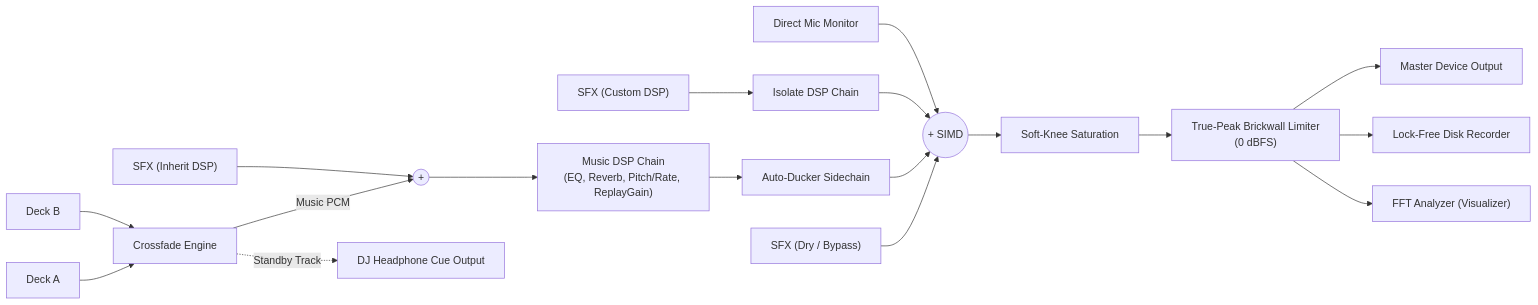
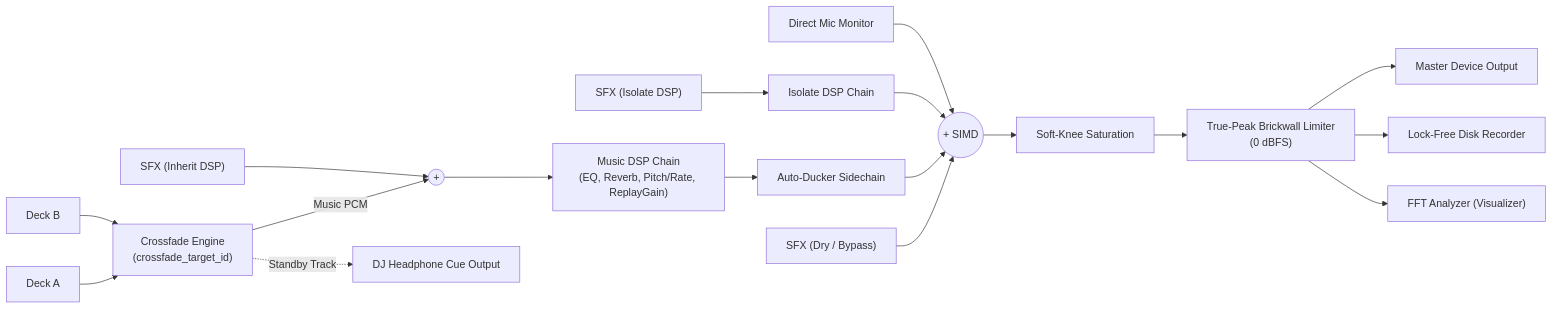
One commit to chomusuke-mk/miniaudio_player changed the second of 2 diagrams in docs/ARCHITECTURE.md. Above: the diagram before and after it, drawn with Mermaid. The commit also changed other lines of this file and 51 other files, not shown here.

````diff
--- a/docs/ARCHITECTURE.md
+++ b/docs/ARCHITECTURE.md
@@ -87,27 +90,27 @@
 ```mermaid
 flowchart LR
-    DeckA["Deck A"] --> XFade["Crossfade Engine"]
+    DeckA["Deck A"] --> XFade["Crossfade Engine\n(crossfade_target_id)"]
     DeckB["Deck B"] --> XFade
     
     XFade -->|"Music PCM"| InheritSum(( + ))
     VoicesInherit["SFX (Inherit DSP)"] --> InheritSum
     
     InheritSum --> MusicDSP["Music DSP Chain\n(EQ, Reverb, Pitch/Rate, ReplayGain)"]
     MusicDSP --> AutoDucker["Auto-Ducker Sidechain"]
     
-    VoicesIsolate["SFX (Custom DSP)"] --> IsolateDSP["Isolate DSP Chain"]
+    VoicesIsolate["SFX (Isolate DSP)"] --> IsolateDSP["Isolate DSP Chain"]
     
     VoicesBypass["SFX (Dry / Bypass)"] --> SIMDSum(( + SIMD ))
     AutoDucker --> SIMDSum
     IsolateDSP --> SIMDSum
     DirectMic["Direct Mic Monitor"] --> SIMDSum
     
     SIMDSum --> SoftKnee["Soft-Knee Saturation"]
     SoftKnee --> Brickwall["True-Peak Brickwall Limiter\n(0 dBFS)"]
     
     Brickwall --> MasterOut["Master Device Output"]
     Brickwall --> RecSink["Lock-Free Disk Recorder"]
     Brickwall --> FFTVisualizer["FFT Analyzer (Visualizer)"]
     
     XFade -.->|"Standby Track"| CueOut["DJ Headphone Cue Output"]
 ```
````
